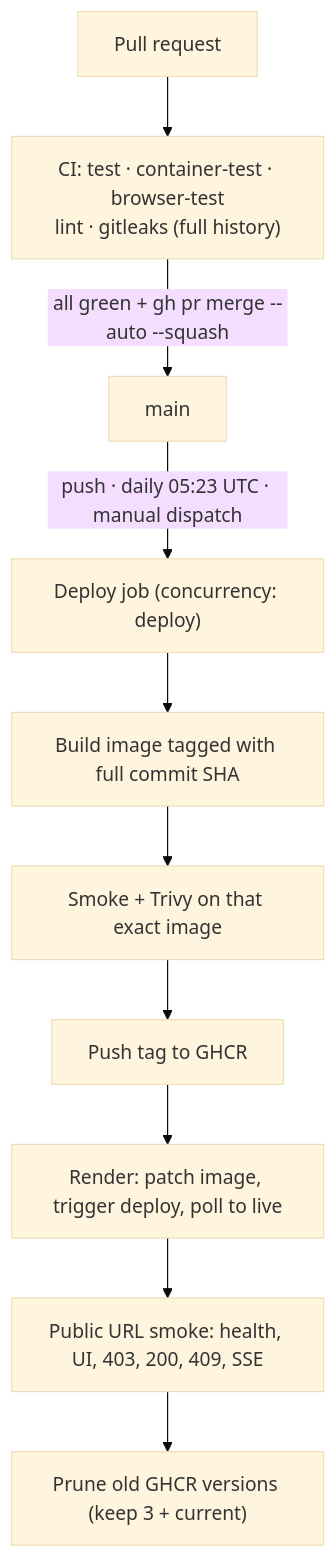
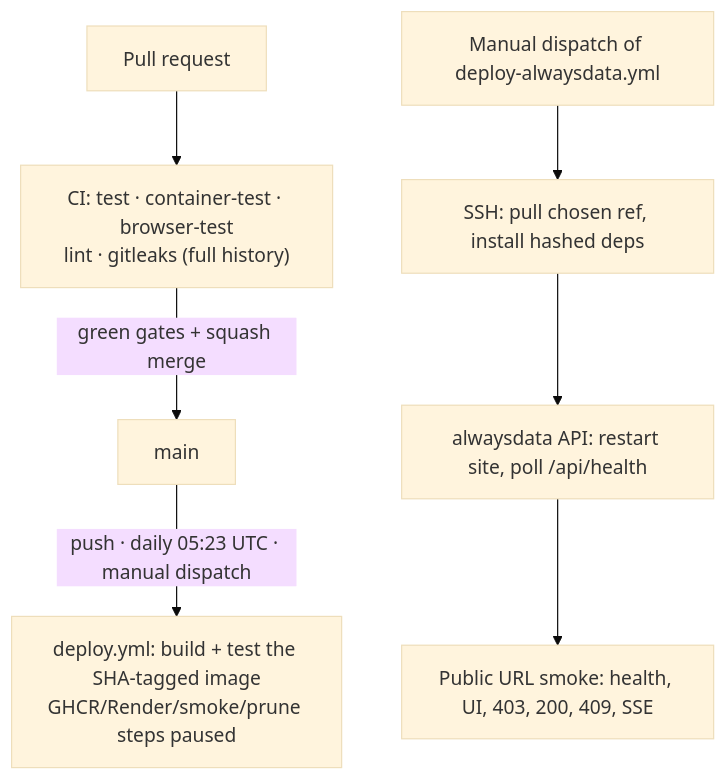
One commit to gstavrooo/flop7 changed the second of 2 diagrams in README.md. Above: the diagram before and after it, drawn with Mermaid (base theme). The commit also changed other lines of this file and 2 other files, not shown here.

Commit message:
docs(deploy): pause Render deployment and document alwaysdata as live host (#33)

````diff
--- a/README.md
+++ b/README.md
@@ -76,12 +77,9 @@
 ```mermaid
 flowchart TD
   PR["Pull request"] --> CI["CI: test · container-test · browser-test<br/>lint · gitleaks (full history)"]
-  CI -->|"all green + gh pr merge --auto --squash"| MAIN["main"]
-  MAIN -->|"push · daily 05:23 UTC · manual dispatch"| DEPLOY["Deploy job (concurrency: deploy)"]
-  DEPLOY --> BUILD["Build image tagged with full commit SHA"]
-  BUILD --> TEST["Smoke + Trivy on that exact image"]
-  TEST --> PUSH["Push tag to GHCR"]
-  PUSH --> RENDER["Render: patch image, trigger deploy, poll to live"]
-  RENDER --> SMOKE["Public URL smoke: health, UI, 403, 200, 409, SSE"]
-  SMOKE --> PRUNE["Prune old GHCR versions (keep 3 + current)"]
+  CI -->|"green gates + squash merge"| MAIN["main"]
+  MAIN -->|"push · daily 05:23 UTC · manual dispatch"| IMAGE["deploy.yml: build + test the SHA-tagged image<br/>GHCR/Render/smoke/prune steps paused"]
+  OPS["Manual dispatch of deploy-alwaysdata.yml"] --> PULL["SSH: pull chosen ref, install hashed deps"]
+  PULL --> RESTART["alwaysdata API: restart site, poll /api/health"]
+  RESTART --> SMOKE["Public URL smoke: health, UI, 403, 200, 409, SSE"]
 ```
````
